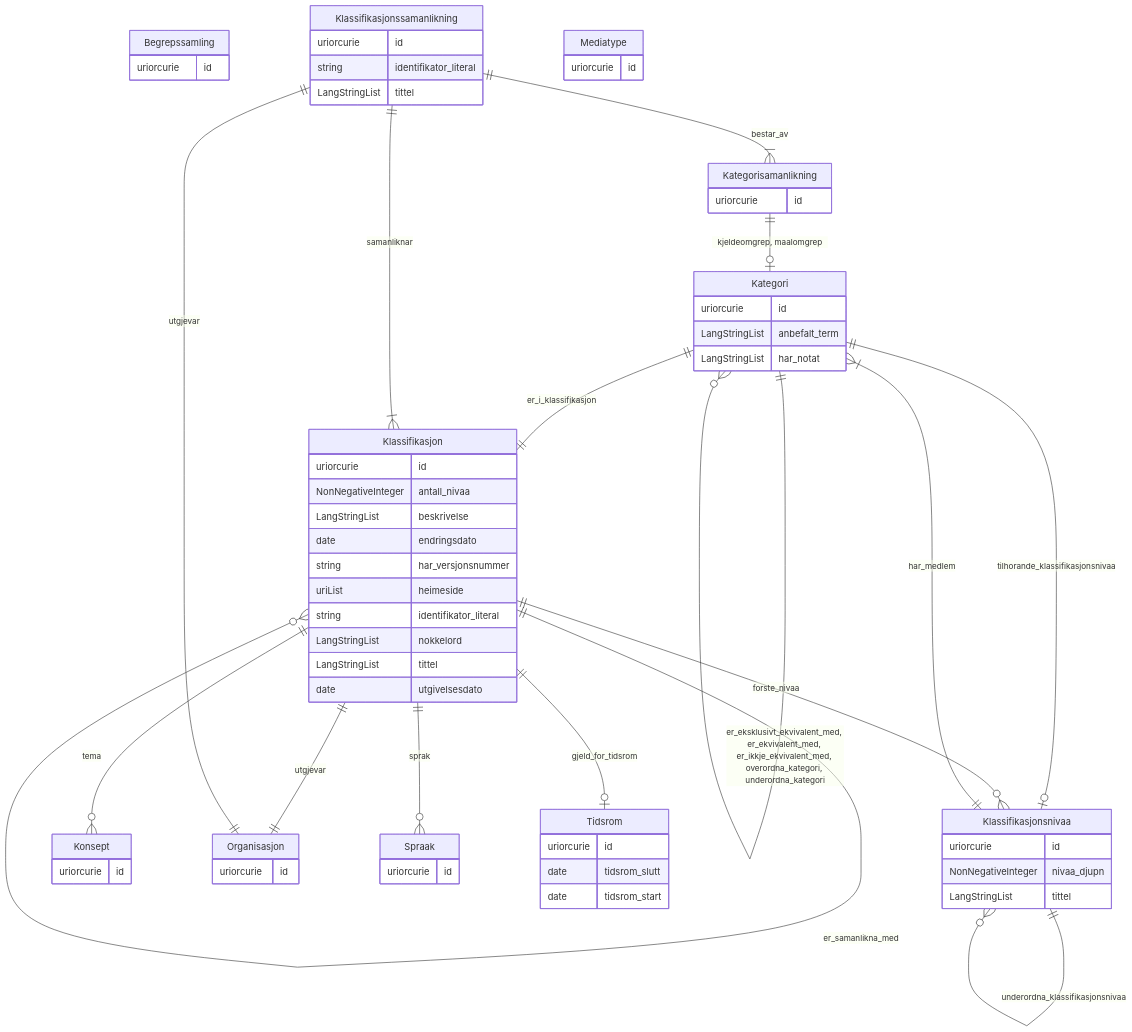
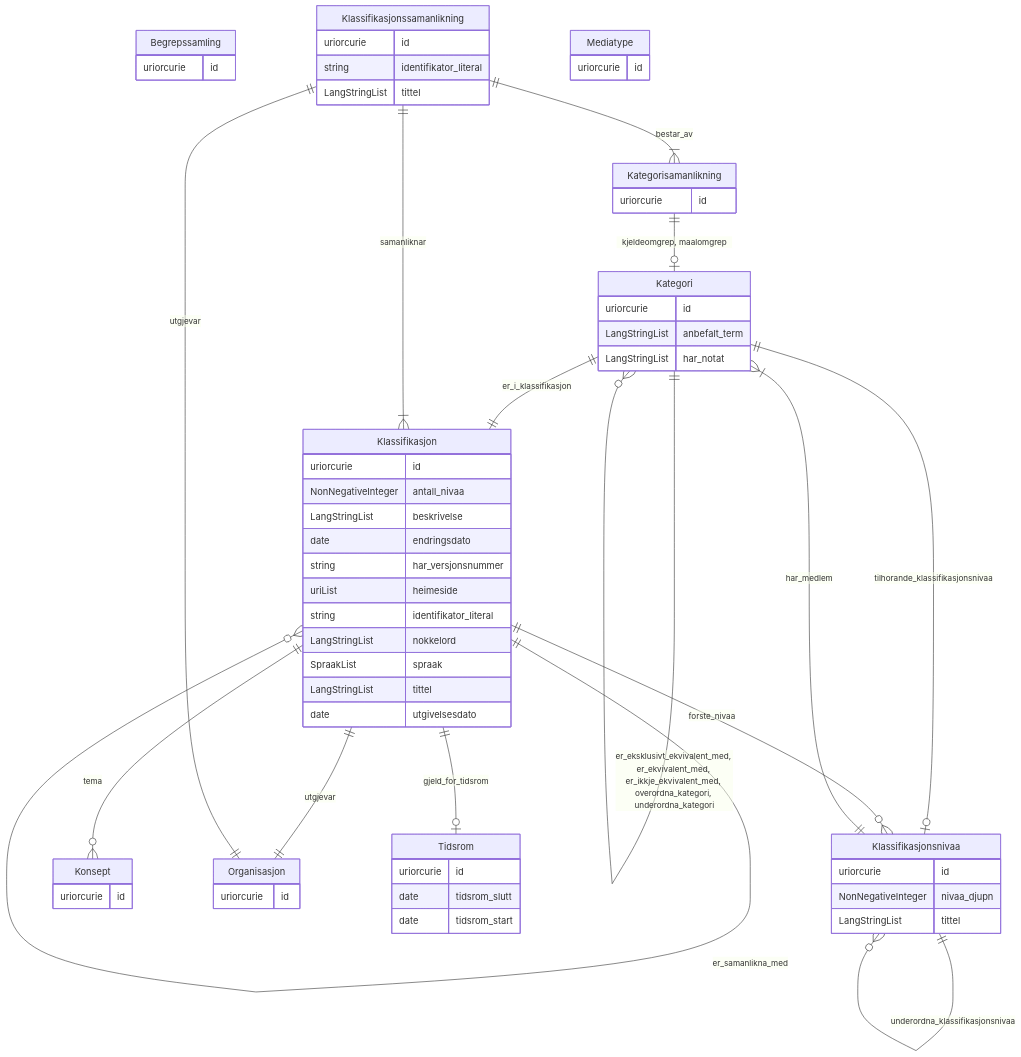
Before and after one commit to brreg/linkml-w3c-no-profiles: the diagram in mkdocs/docs/ap-no/xkos-ap-no/index.md, drawn with Mermaid. The commit also changed other lines of this file and 541 other files, not shown here.

````diff
--- a/mkdocs/docs/ap-no/xkos-ap-no/index.md
+++ b/mkdocs/docs/ap-no/xkos-ap-no/index.md
@@ -3,70 +3,67 @@
 ```mermaid
 erDiagram
 Begrepssamling {
     uriorcurie id  
 }
 Kategori {
     uriorcurie id  
     LangStringList anbefalt_term  
     LangStringList har_notat  
 }
 Kategorisamanlikning {
     uriorcurie id  
 }
 Klassifikasjon {
     uriorcurie id  
     NonNegativeInteger antall_nivaa  
     LangStringList beskrivelse  
     date endringsdato  
     string har_versjonsnummer  
     uriList heimeside  
     string identifikator_literal  
     LangStringList nokkelord  
+    SpraakList spraak  
     LangStringList tittel  
     date utgivelsesdato  
 }
 Klassifikasjonsnivaa {
     uriorcurie id  
     NonNegativeInteger nivaa_djupn  
     LangStringList tittel  
 }
 Klassifikasjonssamanlikning {
     uriorcurie id  
     string identifikator_literal  
     LangStringList tittel  
 }
 Konsept {
     uriorcurie id  
 }
 Mediatype {
     uriorcurie id  
 }
 Organisasjon {
     uriorcurie id  
 }
-Spraak {
-    uriorcurie id  
-}
 Tidsrom {
     uriorcurie id  
     date tidsrom_slutt  
     date tidsrom_start  
 }
 
 Kategori ||--|o Klassifikasjonsnivaa : "tilhorande_klassifikasjonsnivaa"
 Kategori ||--|| Klassifikasjon : "er_i_klassifikasjon"
 Kategori ||--}o Kategori : "er_eksklusivt_ekvivalent_med, er_ekvivalent_med, er_ikkje_ekvivalent_med, overordna_kategori, underordna_kategori"
 Kategorisamanlikning ||--|o Kategori : "kjeldeomgrep, maalomgrep"
 Klassifikasjon ||--|o Tidsrom : "gjeld_for_tidsrom"
 Klassifikasjon ||--|| Organisasjon : "utgjevar"
 Klassifikasjon ||--}o Klassifikasjon : "er_samanlikna_med"
 Klassifikasjon ||--}o Klassifikasjonsnivaa : "forste_nivaa"
 Klassifikasjon ||--}o Konsept : "tema"
-Klassifikasjon ||--}o Spraak : "sprak"
 Klassifikasjonsnivaa ||--}o Klassifikasjonsnivaa : "underordna_klassifikasjonsnivaa"
 Klassifikasjonsnivaa ||--}| Kategori : "har_medlem"
 Klassifikasjonssamanlikning ||--|| Organisasjon : "utgjevar"
 Klassifikasjonssamanlikning ||--}| Kategorisamanlikning : "bestar_av"
 Klassifikasjonssamanlikning ||--}| Klassifikasjon : "samanliknar"
 
 ```
````
